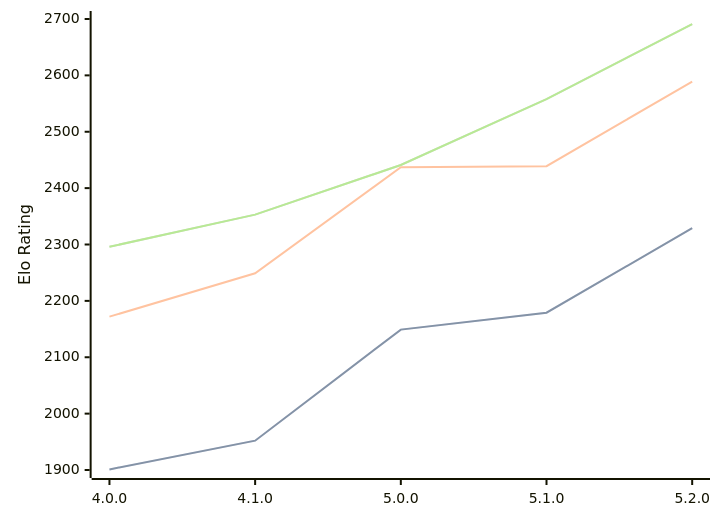
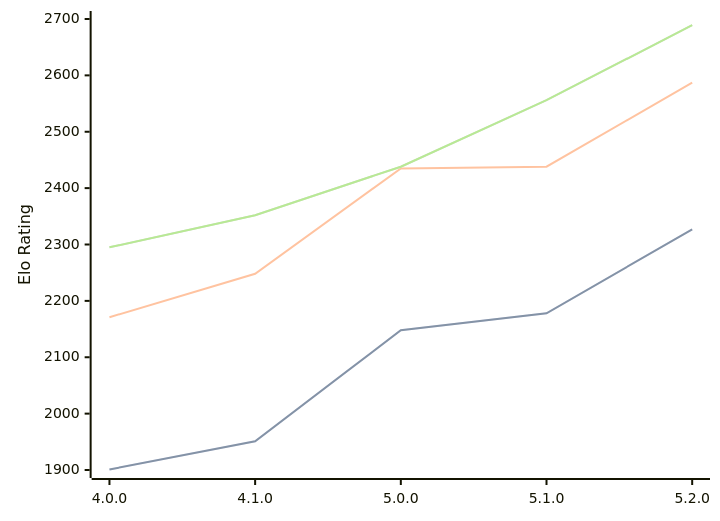
The diagram in engines/Aconcagua.md (computer-chess-index/cci), drawn with Mermaid before and after one commit. The commit also changed other lines of this file, not shown here.

Commit message:
Update CCI Ratings (ELO VLTC) - 2026-08-12

````diff
--- a/engines/Aconcagua.md
+++ b/engines/Aconcagua.md
@@ -35,11 +35,11 @@
 ```mermaid
 %%{init: {"theme":"base","themeVariables":{"seriesColors:['#a3a3a3','#222221','#faa371']}}}%%
 xychart-beta
   x-axis ["4.0.0", "4.1.0", "5.0.0", "5.1.0", "5.2.0"]
   y-axis "Elo Rating" 1900 --> 2700
-  line "STC (8.0+0.08s)" [1901, 1952, 2149, 2179, 2329]
-  line "STC (8.0+0.08s)" [1901, 1952, 2149, 2179, 2329]
-  line "LTC (60.0+0.60s)" [2172, 2249, 2437, 2439, 2589]
-  line "VLTC (2m24s+1.12s)" [2296, 2353, 2441, 2558, 2691]
-  line "VLTC (2m24s+1.12s)" [2296, 2353, 2441, 2558, 2691]
+  line "STC (8.0+0.08s)" [1901, 1951, 2148, 2178, 2327]
+  line "STC (8.0+0.08s)" [1901, 1951, 2148, 2178, 2327]
+  line "LTC (60.0+0.60s)" [2171, 2248, 2435, 2438, 2587]
+  line "VLTC (2m24s+1.12s)" [2295, 2352, 2438, 2556, 2689]
+  line "VLTC (2m24s+1.12s)" [2295, 2352, 2438, 2556, 2689]
 ```
````
